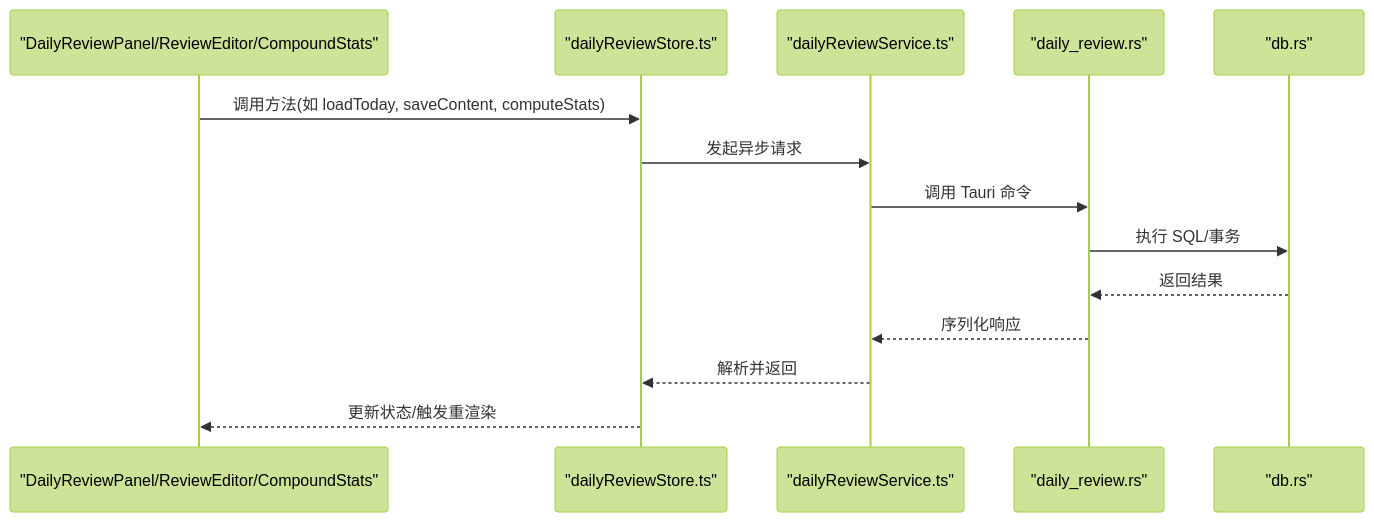
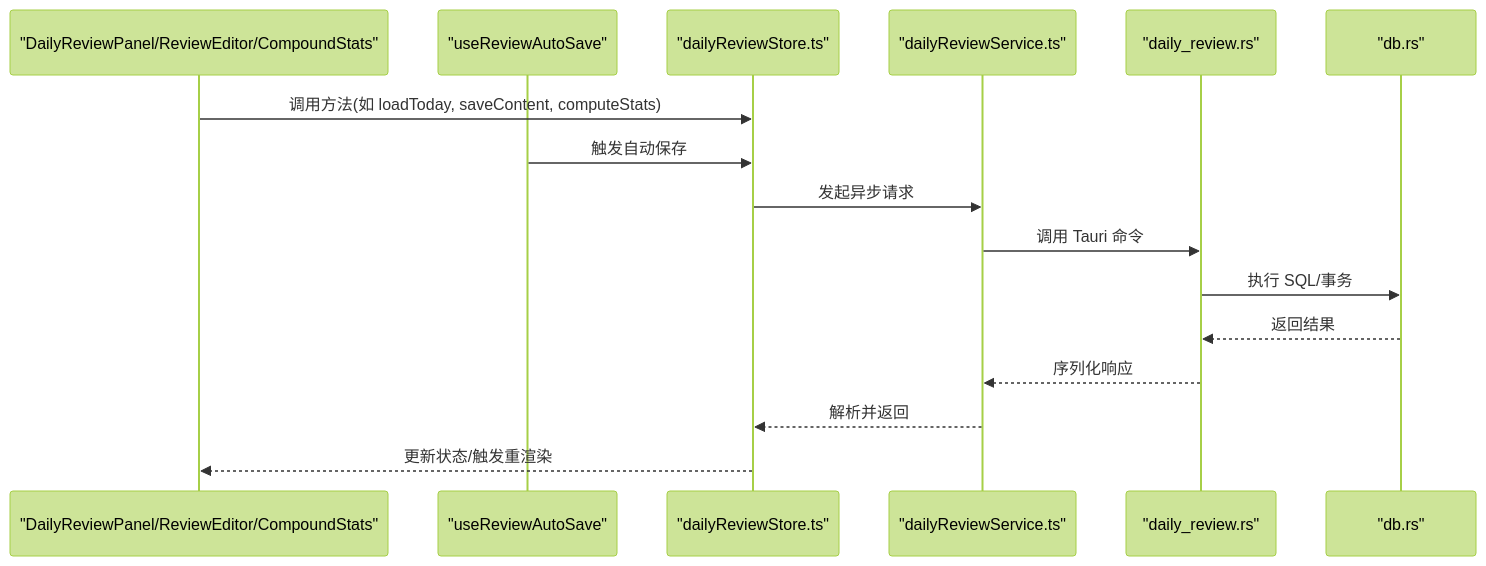
One commit to gzdxhujiale/FishWorker changed the second of 4 diagrams in .qoder/repowiki/zh/content/API 参考文档/前端 Store API/每日回顾 Store API.md. Above: the diagram before and after it, drawn with Mermaid (forest theme). The commit also changed other lines of this file and 41 other files, not shown here.

````diff
--- a/.qoder/repowiki/zh/content/API 参考文档/前端 Store API/每日回顾 Store API.md
+++ b/.qoder/repowiki/zh/content/API 参考文档/前端 Store API/每日回顾 Store API.md
@@ -89,16 +107,18 @@
 ```mermaid
 sequenceDiagram
 participant UI as "DailyReviewPanel/ReviewEditor/CompoundStats"
+participant AutoSave as "useReviewAutoSave"
 participant Store as "dailyReviewStore.ts"
 participant Svc as "dailyReviewService.ts"
 participant Cmd as "daily_review.rs"
 participant DB as "db.rs"
 UI->>Store : 调用方法(如 loadToday, saveContent, computeStats)
+AutoSave->>Store : 触发自动保存
 Store->>Svc : 发起异步请求
 Svc->>Cmd : 调用 Tauri 命令
 Cmd->>DB : 执行 SQL/事务
 DB-->>Cmd : 返回结果
 Cmd-->>Svc : 序列化响应
 Svc-->>Store : 解析并返回
 Store-->>UI : 更新状态/触发重渲染
 ```
````
